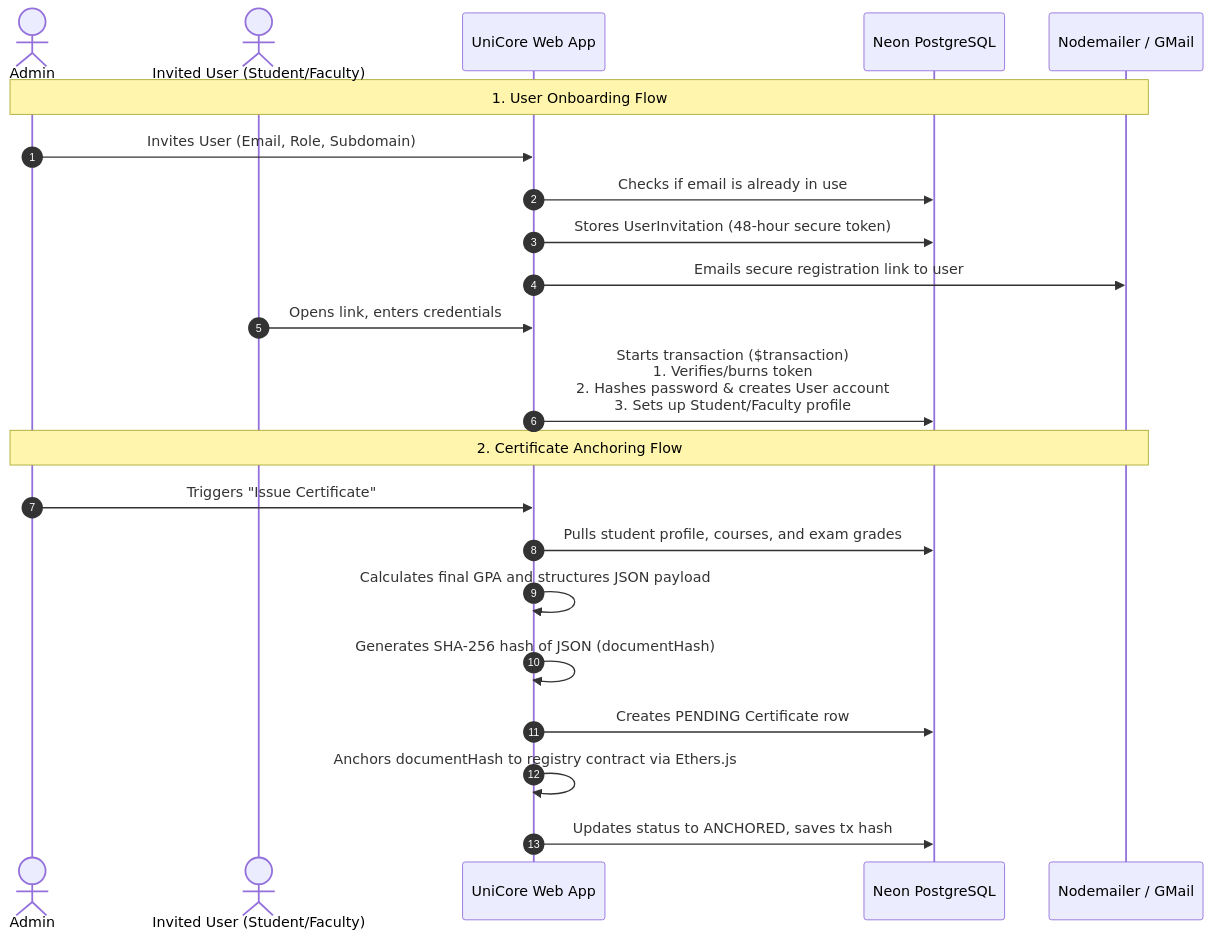
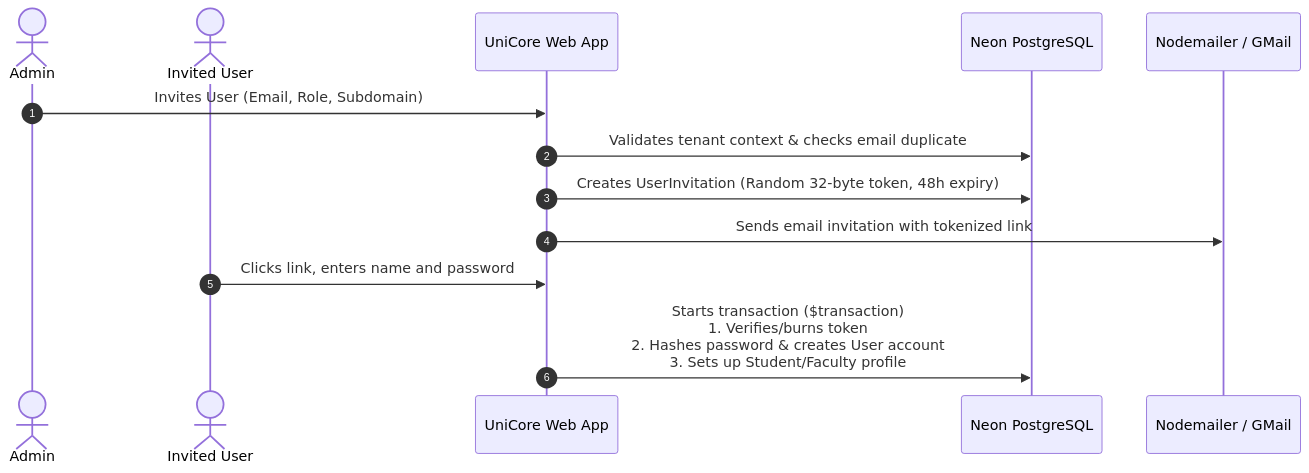
Before and after one commit to girimohit/UniCore: the first of 2 diagrams in README.md, drawn with Mermaid. The commit also changed other lines of this file, not shown here.

Commit message:
Update README with professional project overview and architecture documentation

````diff
--- a/README.md
+++ b/README.md
@@ -19,26 +27,16 @@
 ```mermaid
 sequenceDiagram
     autonumber
     actor Admin
-    actor Invitee as Invited User (Student/Faculty)
+    actor Invitee as Invited User
     participant App as UniCore Web App
     participant DB as Neon PostgreSQL
     participant Mail as Nodemailer / GMail
 
-    Note over Admin, Mail: 1. User Onboarding Flow
     Admin->>App: Invites User (Email, Role, Subdomain)
-    App->>DB: Checks if email is already in use
-    App->>DB: Stores UserInvitation (48-hour secure token)
-    App->>Mail: Emails secure registration link to user
-    Invitee->>App: Opens link, enters credentials
+    App->>DB: Validates tenant context & checks email duplicate
+    App->>DB: Creates UserInvitation (Random 32-byte token, 48h expiry)
+    App->>Mail: Sends email invitation with tokenized link
+    Invitee->>App: Clicks link, enters name and password
     App->>DB: Starts transaction ($transaction)<br/>1. Verifies/burns token<br/>2. Hashes password & creates User account<br/>3. Sets up Student/Faculty profile
-
-    Note over Admin, Mail: 2. Certificate Anchoring Flow
-    Admin->>App: Triggers "Issue Certificate"
-    App->>DB: Pulls student profile, courses, and exam grades
-    App->>App: Calculates final GPA and structures JSON payload
-    App->>App: Generates SHA-256 hash of JSON (documentHash)
-    App->>DB: Creates PENDING Certificate row
-    App->>App: Anchors documentHash to registry contract via Ethers.js
-    App->>DB: Updates status to ANCHORED, saves tx hash
 ```
````
